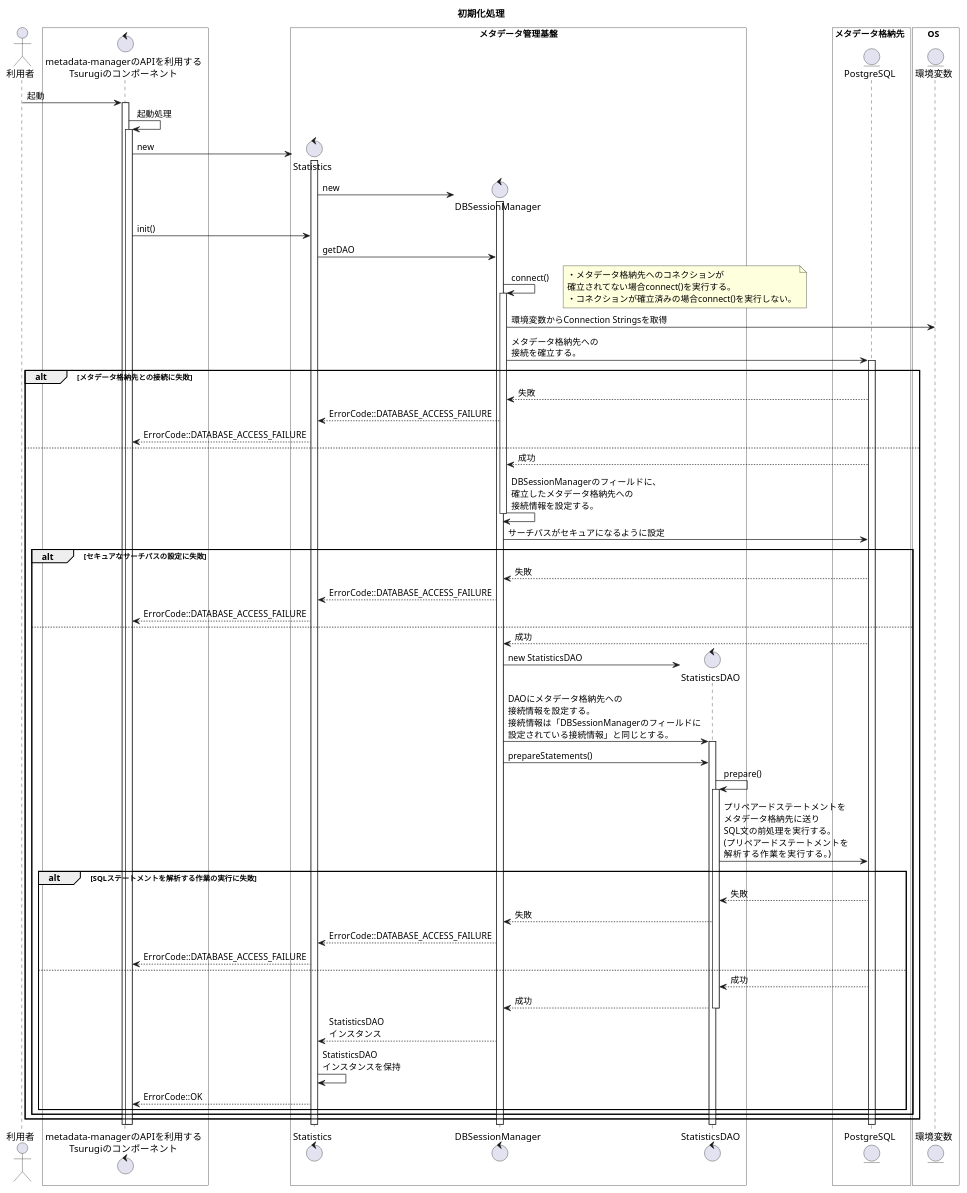
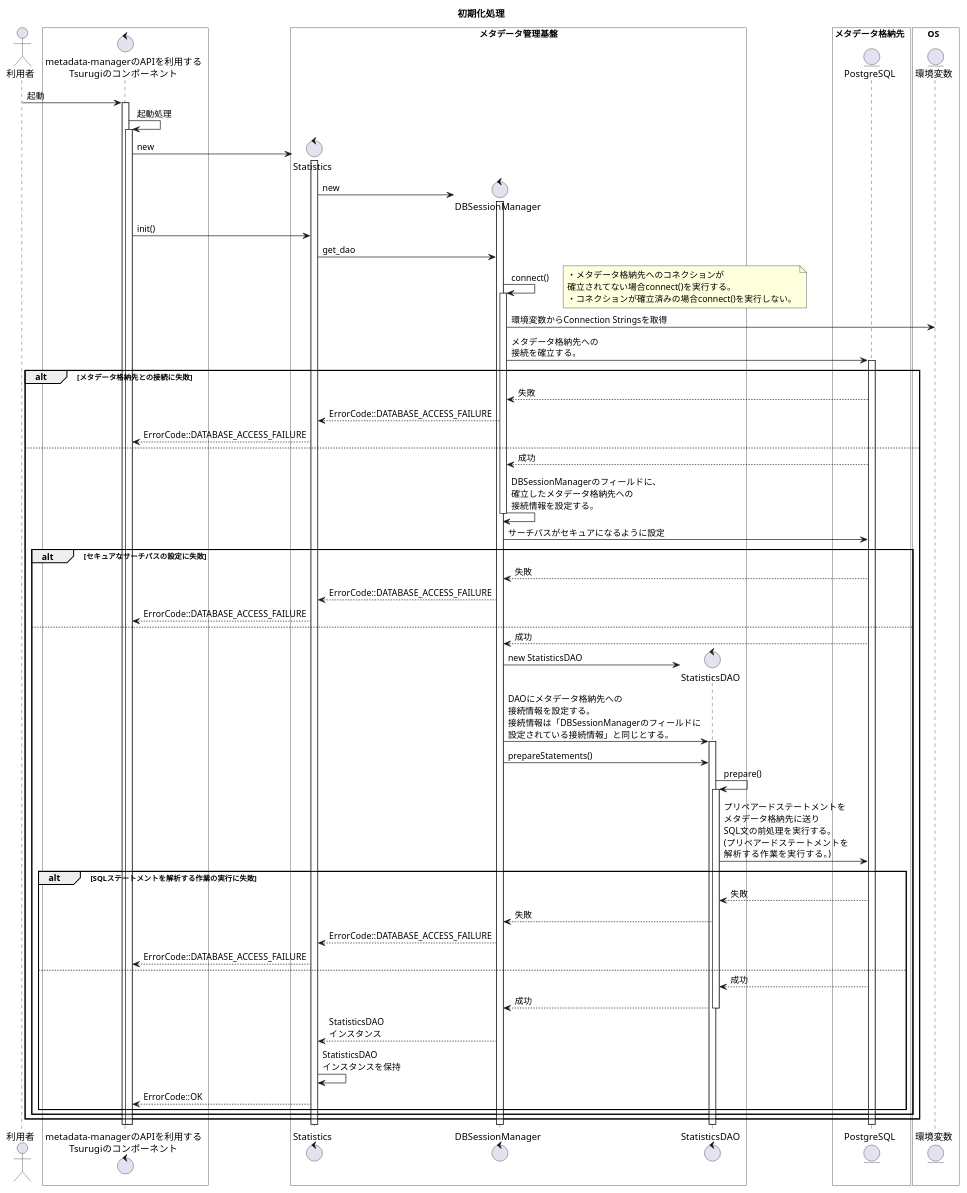
Before and after one commit to project-tsurugi/metadata-manager: the first of 12 diagrams in metadata-manager/docs/statistic/02.FD/uml/SequenceDiagram_detail.pu, drawn with PlantUML. The commit also changed other lines of this file and 22 other files, not shown here.

```diff
--- a/metadata-manager/docs/statistic/02.FD/uml/SequenceDiagram_detail.pu
+++ b/metadata-manager/docs/statistic/02.FD/uml/SequenceDiagram_detail.pu
@@ -1,82 +1,82 @@
 @startuml
 title 初期化処理
 
 actor 利用者 as user
 box #White
 control "metadata-managerのAPIを利用する\nTsurugiのコンポーネント" as ogawayama
 end box
 box "メタデータ管理基盤" #White
 control "Statistics" as Statistics
 control "DBSessionManager" as DBSessionManager
 control "StatisticsDAO" as StatisticsDAO
 end box
 box メタデータ格納先  #White
 entity "PostgreSQL" as metadata_storage
 end box
 box OS  #White
 entity "環境変数" as env_variable
 end box
 
 user -> ogawayama : 起動
 activate ogawayama
 ogawayama -> ogawayama : 起動処理
 activate ogawayama
 create Statistics
 ogawayama -> Statistics : new
 activate Statistics
 create DBSessionManager
 Statistics -> DBSessionManager : new
 activate DBSessionManager
 ogawayama -> Statistics : init()
-Statistics -> DBSessionManager : getDAO
+Statistics -> DBSessionManager : get_dao
 DBSessionManager -> DBSessionManager : connect()
 note right
 ・メタデータ格納先へのコネクションが
 確立されてない場合connect()を実行する。
 ・コネクションが確立済みの場合connect()を実行しない。
 end note
 activate DBSessionManager
 DBSessionManager -> env_variable : 環境変数からConnection Stringsを取得
 DBSessionManager -> metadata_storage : メタデータ格納先への\n接続を確立する。
 activate metadata_storage
 alt メタデータ格納先との接続に失敗
 DBSessionManager <-- metadata_storage : 失敗
 Statistics <-- DBSessionManager : ErrorCode::DATABASE_ACCESS_FAILURE
 ogawayama <-- Statistics : ErrorCode::DATABASE_ACCESS_FAILURE
 else
 DBSessionManager <-- metadata_storage : 成功
 DBSessionManager -> DBSessionManager : DBSessionManagerのフィールドに、\n確立したメタデータ格納先への\n接続情報を設定する。
 deactivate DBSessionManager
 DBSessionManager -> metadata_storage : サーチパスがセキュアになるように設定
 alt セキュアなサーチパスの設定に失敗
 DBSessionManager <-- metadata_storage : 失敗
 Statistics <-- DBSessionManager : ErrorCode::DATABASE_ACCESS_FAILURE
 ogawayama <-- Statistics : ErrorCode::DATABASE_ACCESS_FAILURE
 else
 DBSessionManager <-- metadata_storage : 成功
 create StatisticsDAO
 DBSessionManager -> StatisticsDAO : new StatisticsDAO
 DBSessionManager -> StatisticsDAO : DAOにメタデータ格納先への\n接続情報を設定する。\n接続情報は「DBSessionManagerのフィールドに\n設定されている接続情報」と同じとする。
 activate StatisticsDAO
 DBSessionManager -> StatisticsDAO : prepareStatements()
 StatisticsDAO -> StatisticsDAO : prepare()
 activate StatisticsDAO
 StatisticsDAO -> metadata_storage : プリペアードステートメントを\nメタデータ格納先に送り\nSQL文の前処理を実行する。\n(プリペアードステートメントを\n解析する作業を実行する。)
 
 alt SQLステートメントを解析する作業の実行に失敗
 StatisticsDAO <-- metadata_storage :失敗
 DBSessionManager <-- StatisticsDAO : 失敗
 Statistics <-- DBSessionManager : ErrorCode::DATABASE_ACCESS_FAILURE
 ogawayama <-- Statistics : ErrorCode::DATABASE_ACCESS_FAILURE
 else
 StatisticsDAO <-- metadata_storage : 成功
 DBSessionManager <-- StatisticsDAO : 成功
 deactivate StatisticsDAO
 Statistics <-- DBSessionManager : StatisticsDAO\nインスタンス
 Statistics -> Statistics : StatisticsDAO\nインスタンスを保持
 ogawayama <-- Statistics : ErrorCode::OK
 end
 end
 end
 
 @enduml
```
